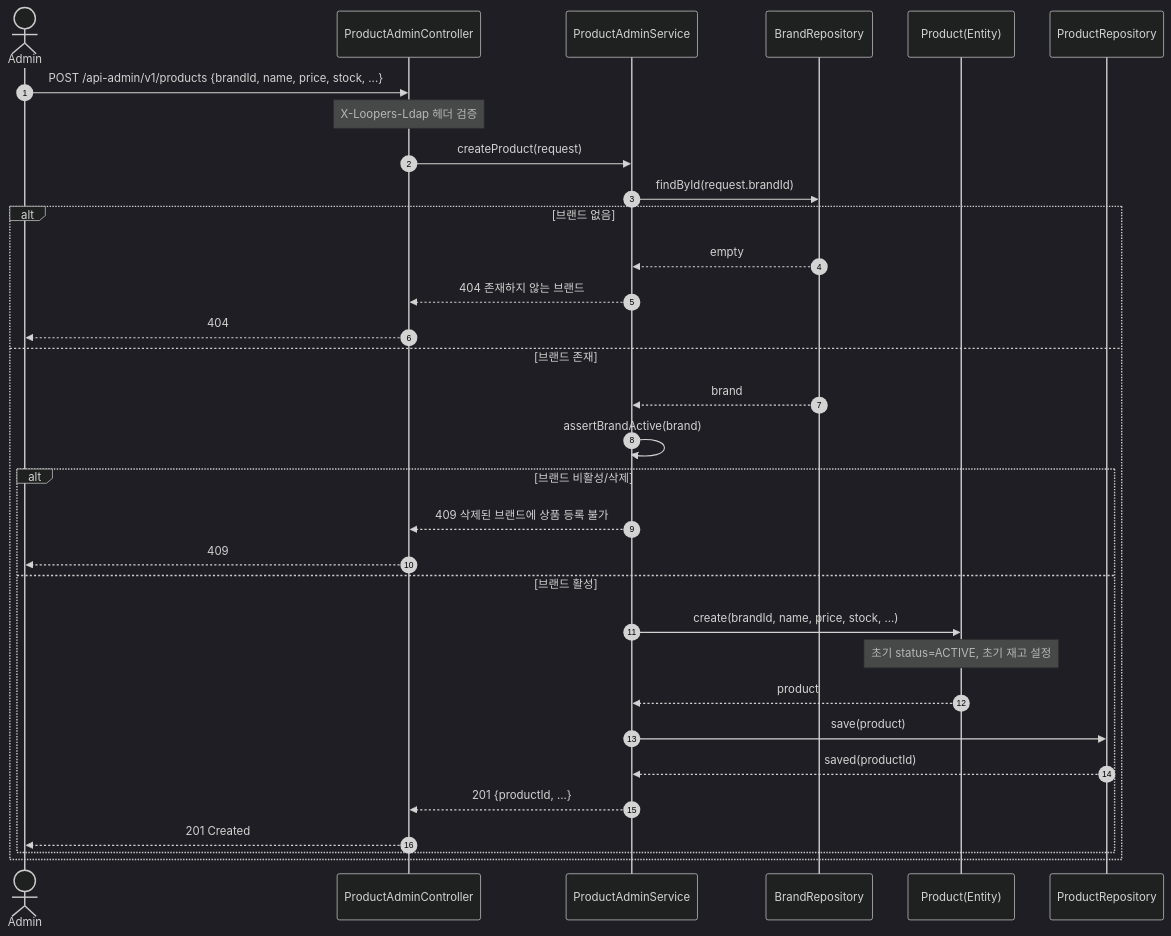
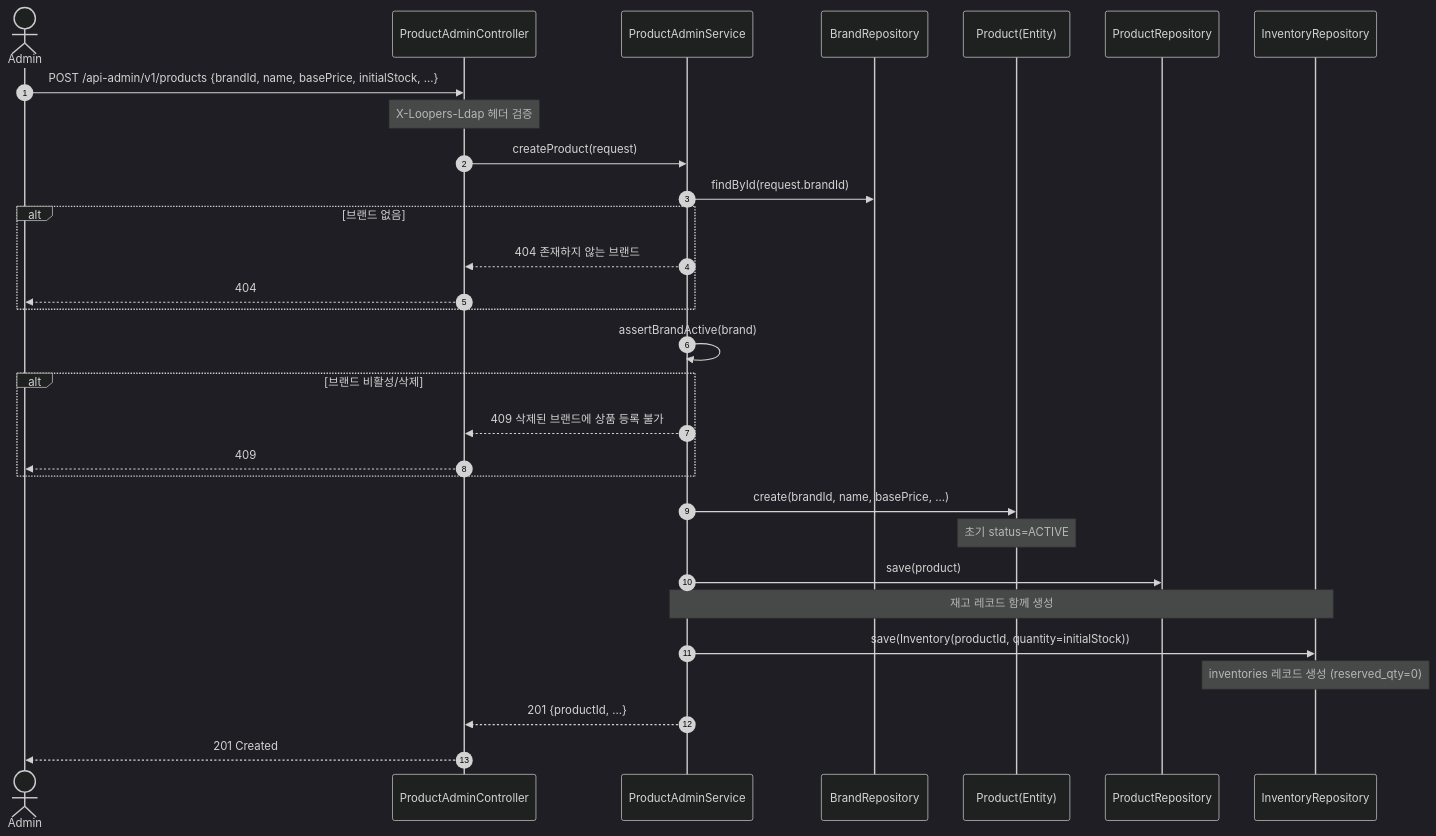
The ninth of 9 diagrams in .docs/design/02-sequence-diagrams.md (Loopers-dev-lab/loop-pack-be-l2-vol3-java), drawn with Mermaid (dark theme) before and after one commit. The commit also changed other lines of this file and 13 other files, not shown here.

Commit message:
docs: 핵심 도메인 설계 문서 작성 (요구사항, 시퀀스, 클래스, ERD)

````diff
--- a/.docs/design/02-sequence-diagrams.md
+++ b/.docs/design/02-sequence-diagrams.md
@@ -332,37 +470,38 @@
 ```mermaid
 sequenceDiagram
   autonumber
   actor Admin
   participant Controller as ProductAdminController
   participant Service as ProductAdminService
   participant BrandRepo as BrandRepository
   participant Product as Product(Entity)
   participant ProductRepo as ProductRepository
+  participant InvRepo as InventoryRepository
 
-  Admin->>Controller: POST /api-admin/v1/products {brandId, name, price, stock, ...}
+  Admin->>Controller: POST /api-admin/v1/products {brandId, name, basePrice, initialStock, ...}
   Note over Controller: X-Loopers-Ldap 헤더 검증
   Controller->>Service: createProduct(request)
 
   Service->>BrandRepo: findById(request.brandId)
   alt 브랜드 없음
-    BrandRepo-->>Service: empty
     Service-->>Controller: 404 존재하지 않는 브랜드
     Controller-->>Admin: 404
-  else 브랜드 존재
-    BrandRepo-->>Service: brand
-    Service->>Service: assertBrandActive(brand)
-    alt 브랜드 비활성/삭제
-      Service-->>Controller: 409 삭제된 브랜드에 상품 등록 불가
-      Controller-->>Admin: 409
-    else 브랜드 활성
-      Service->>Product: create(brandId, name, price, stock, ...)
-      Note over Product: 초기 status=ACTIVE, 초기 재고 설정
-      Product-->>Service: product
-      Service->>ProductRepo: save(product)
-      ProductRepo-->>Service: saved(productId)
+  end
 
-      Service-->>Controller: 201 {productId, ...}
-      Controller-->>Admin: 201 Created
-    end
+  Service->>Service: assertBrandActive(brand)
+  alt 브랜드 비활성/삭제
+    Service-->>Controller: 409 삭제된 브랜드에 상품 등록 불가
+    Controller-->>Admin: 409
   end
+
+  Service->>Product: create(brandId, name, basePrice, ...)
+  Note over Product: 초기 status=ACTIVE
+  Service->>ProductRepo: save(product)
+
+  Note over Service,InvRepo: 재고 레코드 함께 생성
+  Service->>InvRepo: save(Inventory(productId, quantity=initialStock))
+  Note over InvRepo: inventories 레코드 생성 (reserved_qty=0)
+
+  Service-->>Controller: 201 {productId, ...}
+  Controller-->>Admin: 201 Created
 ```
````
